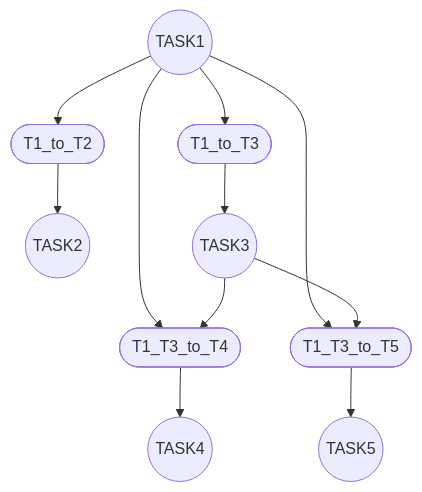
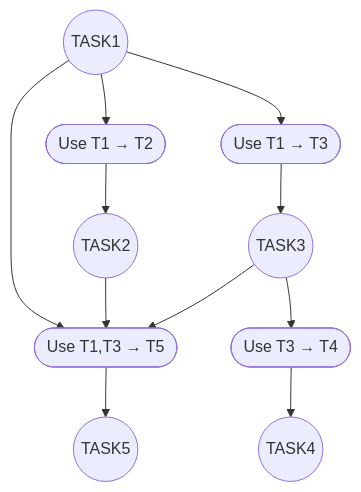
One commit to huynguyentan1704/MM_CO2011_CC04_Assignment changed the diagram in README.md. Above: the diagram before and after it, drawn with Mermaid.

````diff
--- a/README.md
+++ b/README.md
@@ -3,31 +3,36 @@
 ```mermaid
 flowchart TD
 
-    %% Places
+    %% Places (Tasks)
     P1(("TASK1"))
     P2(("TASK2"))
     P3(("TASK3"))
     P4(("TASK4"))
     P5(("TASK5"))
 
-    %% Transitions
-    T12([T1_to_T2])
-    T13([T1_to_T3])
-    T134([T1_T3_to_T4])
-    T135([T1_T3_to_T5])
+    %% Transitions (Dependencies)
+    T12([Use T1 → T2])
+    T13([Use T1 → T3])
+    T34([Use T3 → T4])
+    T135([Use T1,T3 → T5])
 
     %% Arcs
+    %% Task1 -> Task2
     P1 --> T12
     T12 --> P2
 
+    %% Task1 -> Task3
     P1 --> T13
     T13 --> P3
 
-    P1 --> T134
-    P3 --> T134
-    T134 --> P4
+    %% Task3 -> Task4
+    P3 --> T34
+    T34 --> P4
 
+    %% Task1, Task2, Task3 -> Task5
     P1 --> T135
+    P2 --> T135
     P3 --> T135
     T135 --> P5
+
 ```
````
